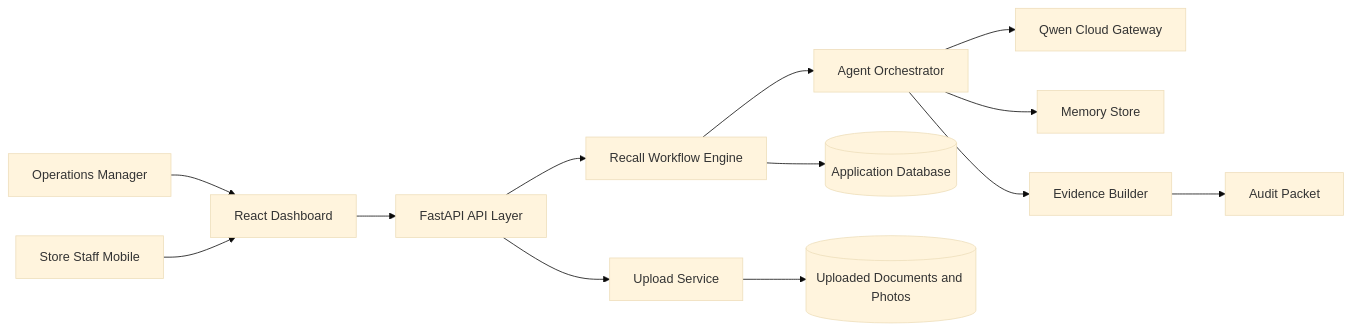
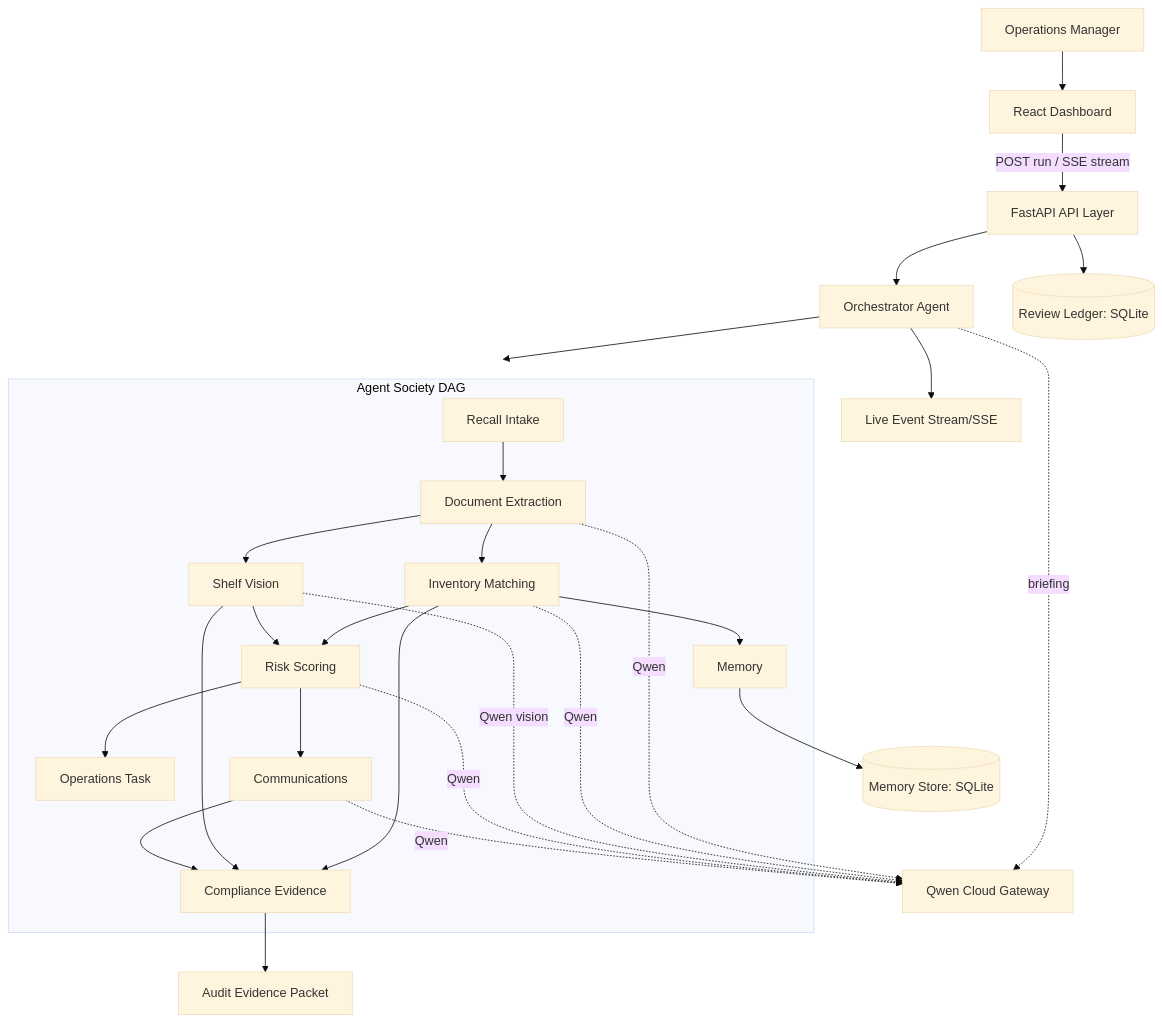
Before and after one commit to ankitranjan-dsai/batchhelm-ai: the diagram in docs/architecture.md, drawn with Mermaid (base theme). The commit also changed other lines of this file and 12 other files, not shown here.

Commit message:
docs: refresh README, architecture, Qwen, deployment, and submission docs

````diff
--- a/docs/architecture.md
+++ b/docs/architecture.md
@@ -7,15 +11,32 @@
 ```mermaid
-flowchart LR
+flowchart TB
     User[Operations Manager] --> Web[React Dashboard]
-    Staff[Store Staff Mobile] --> Web
-    Web --> API[FastAPI API Layer]
-    API --> Workflow[Recall Workflow Engine]
-    API --> Files[Upload Service]
-    Workflow --> Agents[Agent Orchestrator]
-    Agents --> Qwen[Qwen Cloud Gateway]
-    Agents --> Memory[Memory Store]
-    Agents --> Evidence[Evidence Builder]
-    Workflow --> DB[(Application Database)]
-    Files --> Storage[(Uploaded Documents and Photos)]
-    Evidence --> Packet[Audit Packet]
+    Web -->|POST run / SSE stream| API[FastAPI API Layer]
+    API --> Orch[Orchestrator Agent]
+
+    subgraph Society[Agent Society DAG]
+        Intake[Recall Intake] --> Extract[Document Extraction]
+        Extract --> Match[Inventory Matching]
+        Extract --> Vision[Shelf Vision]
+        Match --> Risk[Risk Scoring]
+        Vision --> Risk
+        Match --> Mem[Memory]
+        Risk --> Ops[Operations Task]
+        Risk --> Comms[Communications]
+        Match --> Comp[Compliance Evidence]
+        Vision --> Comp
+        Comms --> Comp
+    end
+
+    Orch --> Society
+    Extract -. Qwen .-> Qwen[Qwen Cloud Gateway]
+    Match -. Qwen .-> Qwen
+    Vision -. Qwen vision .-> Qwen
+    Risk -. Qwen .-> Qwen
+    Comms -. Qwen .-> Qwen
+    Orch -. briefing .-> Qwen
+    Mem --> MemDB[(Memory Store: SQLite)]
+    Orch --> Events[Live Event Stream/SSE]
+    Comp --> Packet[Audit Evidence Packet]
+    API --> Ledger[(Review Ledger: SQLite)]
 ```
````
